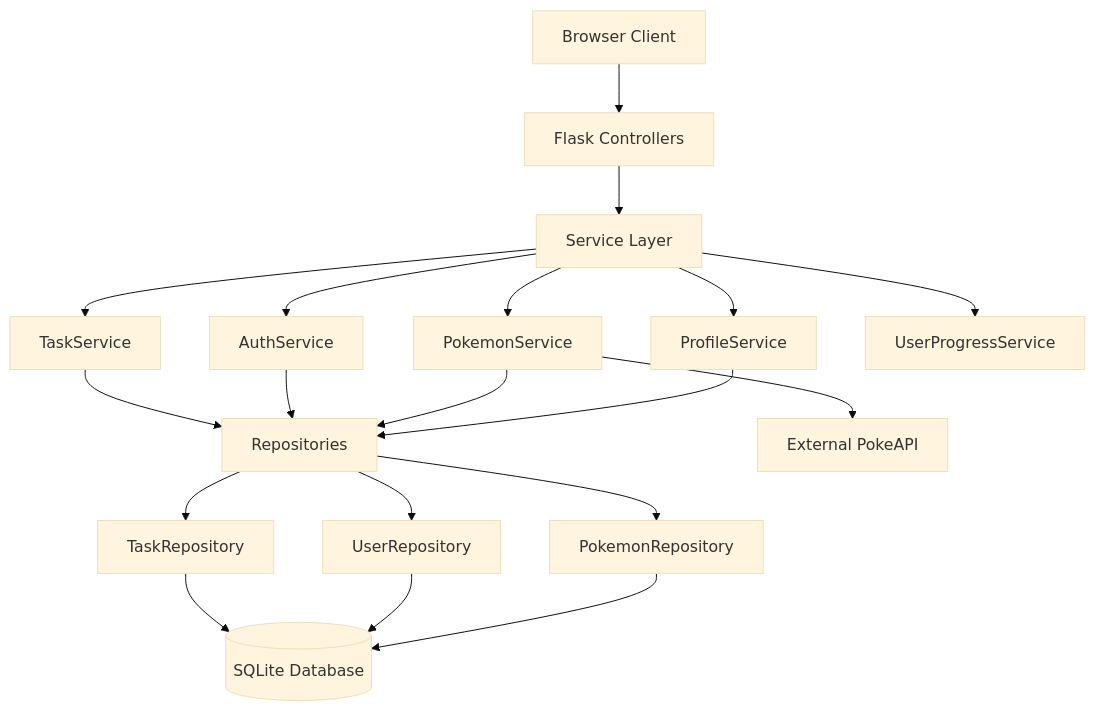
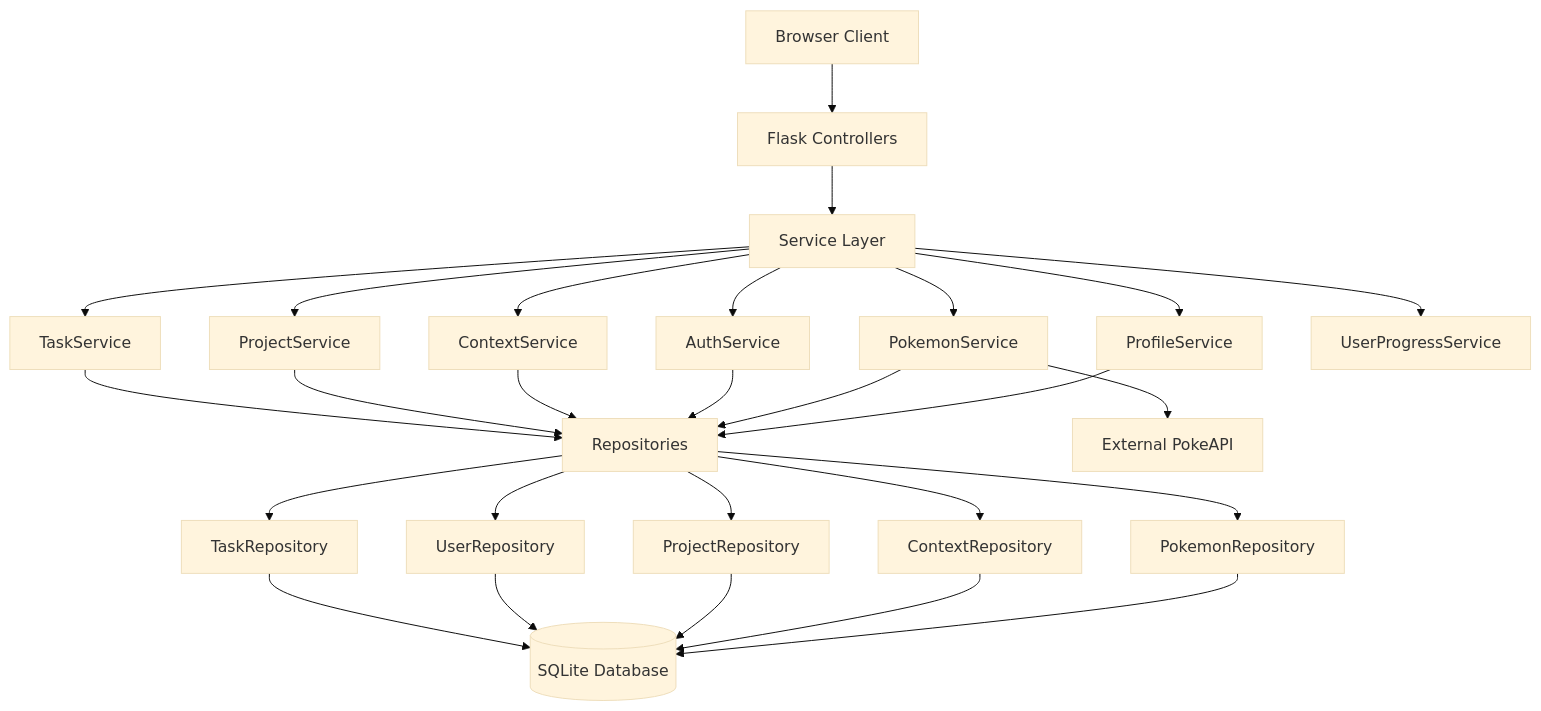
One commit to Ramirofordev/Agile-Project changed the diagram in README.md. Above: the diagram before and after it, drawn with Mermaid (base theme). The commit also changed other lines of this file, not shown here.

Commit message:
Updates in the README

````diff
--- a/README.md
+++ b/README.md
@@ -191,29 +199,37 @@
 ```mermaid
 flowchart TD
 
     A[Browser Client] --> B[Flask Controllers]
 
     B --> C[Service Layer]
 
     C --> D[TaskService]
-    C --> E[AuthService]
-    C --> F[PokemonService]
-    C --> G[ProfileService]
-    C --> H[UserProgressService]
+    C --> E[ProjectService]
+    C --> F[ContextService]
+    C --> G[AuthService]
+    C --> H[PokemonService]
+    C --> I[ProfileService]
+    C --> J[UserProgressService]
 
-    D --> I[Repositories]
-    E --> I
-    F --> I
-    G --> I
+    D --> K[Repositories]
+    E --> K
+    F --> K
+    G --> K
+    H --> K
+    I --> K
 
-    I --> J[TaskRepository]
-    I --> K[UserRepository]
-    I --> L[PokemonRepository]
+    K --> L[TaskRepository]
+    K --> M[UserRepository]
+    K --> N[ProjectRepository]
+    K --> O[ContextRepository]
+    K --> P[PokemonRepository]
 
-    J --> M[(SQLite Database)]
-    K --> M
-    L --> M
+    L --> Q[(SQLite Database)]
+    M --> Q
+    N --> Q
+    O --> Q
+    P --> Q
 
-    F --> N[External PokeAPI]
+    H --> R[External PokeAPI]
 
 ```
````
